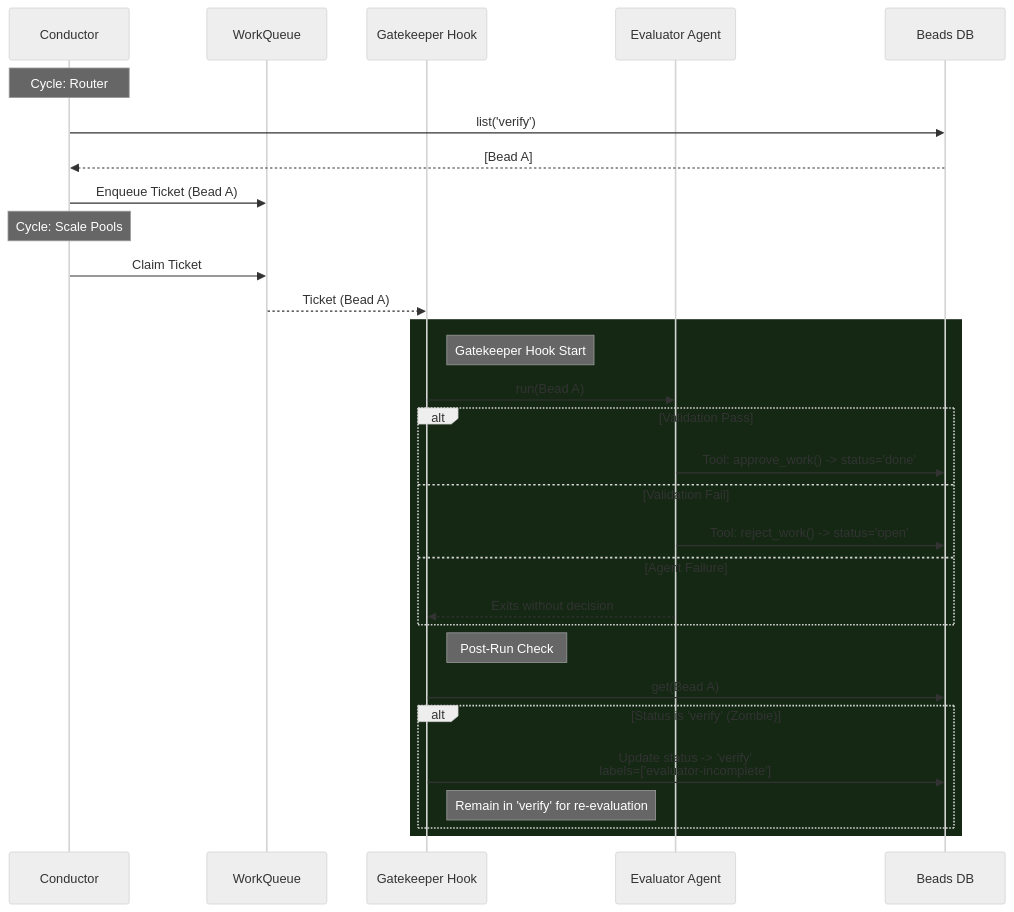
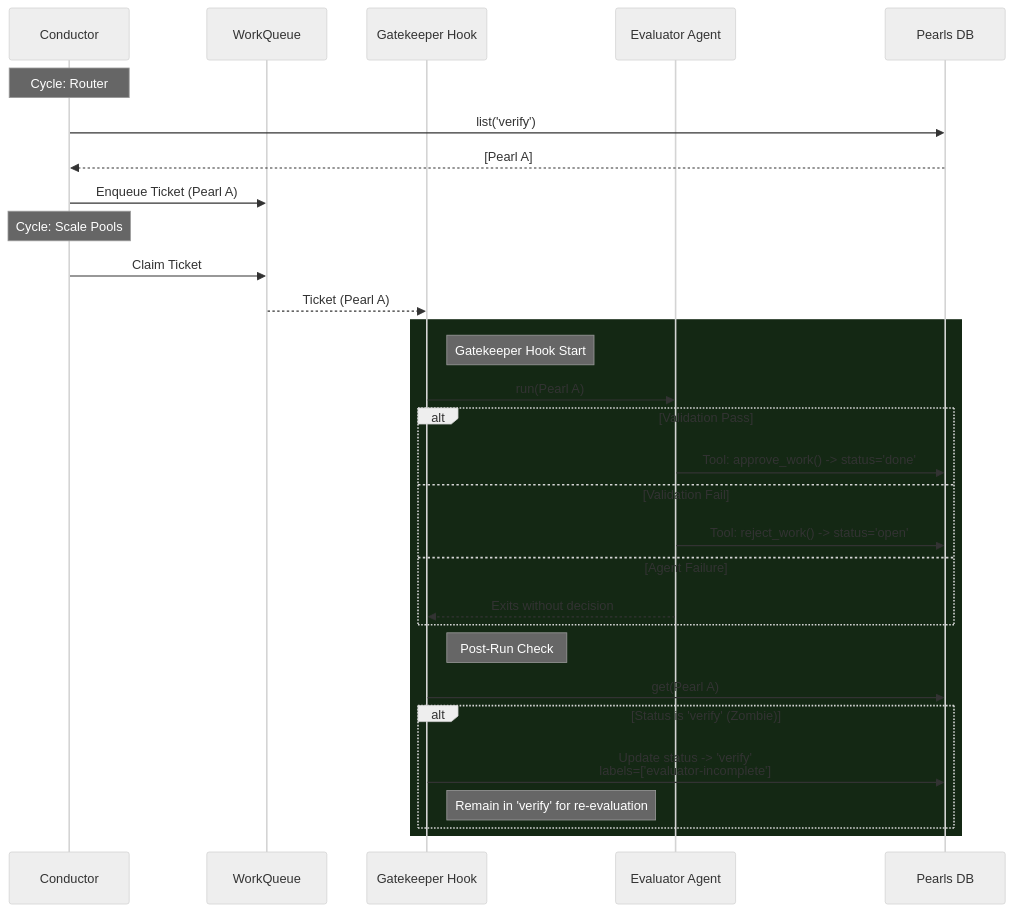
Before and after one commit to mrorigo/the-citadel: the third of 3 diagrams in docs/CITADEL-FSM.md, drawn with Mermaid (neutral theme). The commit also changed other lines of this file and 70 other files, not shown here.

````diff
--- a/docs/CITADEL-FSM.md
+++ b/docs/CITADEL-FSM.md
@@ -99,39 +99,39 @@
 ```mermaid
 sequenceDiagram
     participant C as Conductor
     participant Q as WorkQueue
     participant G as Gatekeeper Hook
     participant E as Evaluator Agent
-    participant B as Beads DB
+    participant B as Pearls DB
 
     Note over C: Cycle: Router
     C->>B: list('verify')
-    B-->>C: [Bead A]
-    C->>Q: Enqueue Ticket (Bead A)
+    B-->>C: [Pearl A]
+    C->>Q: Enqueue Ticket (Pearl A)
 
     Note over C: Cycle: Scale Pools
     C->>Q: Claim Ticket
-    Q-->>G: Ticket (Bead A)
+    Q-->>G: Ticket (Pearl A)
     
     rect rgb(20, 40, 20)
         Note right of G: Gatekeeper Hook Start
         
-        G->>E: run(Bead A)
+        G->>E: run(Pearl A)
         
         alt Validation Pass
             E->>B: Tool: approve_work() -> status='done'
         else Validation Fail
             E->>B: Tool: reject_work() -> status='open'
         else Agent Failure
             E-->>G: Exits without decision
         end
         
         Note right of G: Post-Run Check
-        G->>B: get(Bead A)
+        G->>B: get(Pearl A)
         
         alt Status is 'verify' (Zombie)
             G->>B: Update status -> 'verify' <br/> labels=['evaluator-incomplete']
             Note right of G: Remain in 'verify' for re-evaluation
         end
     end
 ```
````
